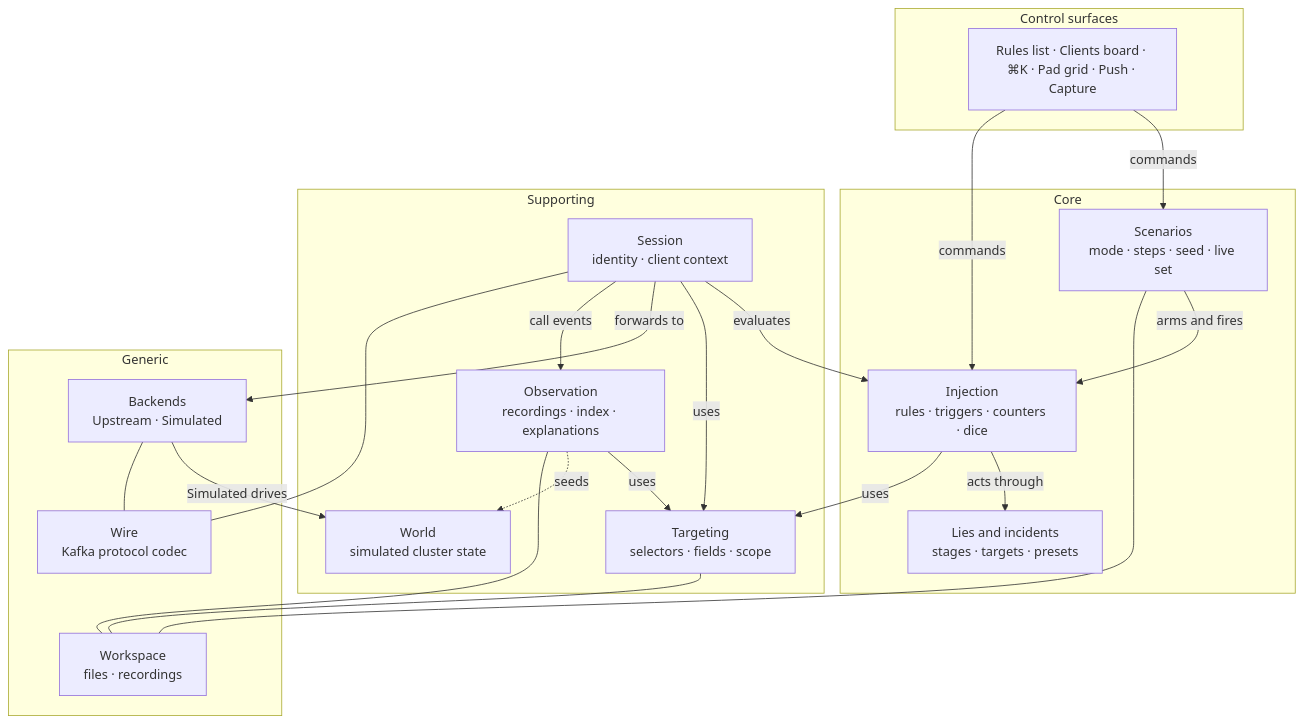
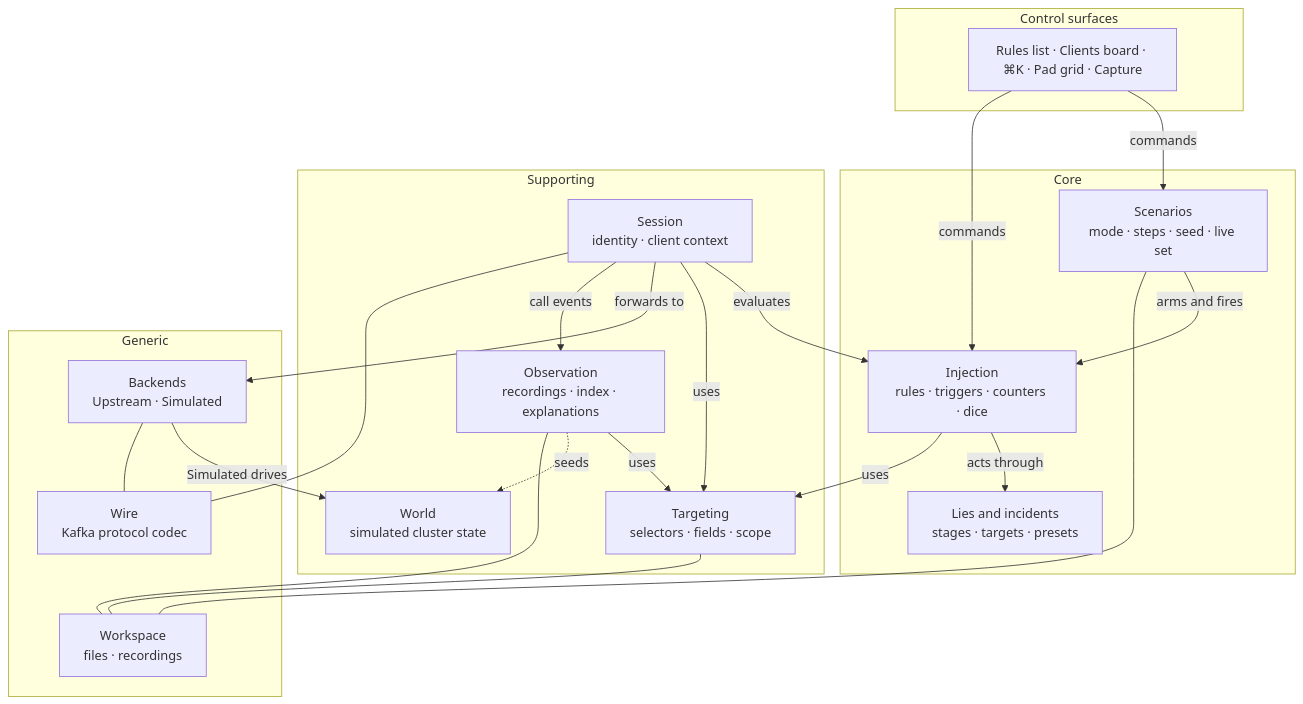
One commit to cruxy-eu/gaslightmq changed the diagram in docs/specs/townplan/README.md. Above: the diagram before and after it, drawn with Mermaid.

Commit message:
docs(townplan): the control surfaces have no Push

````diff
--- a/docs/specs/townplan/README.md
+++ b/docs/specs/townplan/README.md
@@ -9,43 +9,43 @@
 ```mermaid
 flowchart TB
   subgraph surfaces["Control surfaces"]
-    CS["Rules list · Clients board · ⌘K · Pad grid · Push · Capture"]
+    CS["Rules list · Clients board · ⌘K · Pad grid · Capture"]
   end
 
   subgraph core["Core"]
     SC["Scenarios<br/>mode · steps · seed · live set"]
     IN["Injection<br/>rules · triggers · counters · dice"]
     LI["Lies and incidents<br/>stages · targets · presets"]
   end
 
   subgraph support["Supporting"]
     TG["Targeting<br/>selectors · fields · scope"]
     SE["Session<br/>identity · client context"]
     OB["Observation<br/>recordings · index · explanations"]
     WO["World<br/>simulated cluster state"]
   end
 
   subgraph generic["Generic"]
     BE["Backends<br/>Upstream · Simulated"]
     WI["Wire<br/>Kafka protocol codec"]
     ST["Workspace<br/>files · recordings"]
   end
 
   CS -->|commands| SC
   CS -->|commands| IN
   SC -->|arms and fires| IN
   IN -->|acts through| LI
   IN -->|uses| TG
   SE -->|evaluates| IN
   SE -->|uses| TG
   SE -->|forwards to| BE
   BE -->|Simulated drives| WO
   SE -->|call events| OB
   OB -->|uses| TG
   OB -.->|seeds| WO
   SE --- WI
   BE --- WI
   SC --- ST
   TG --- ST
   OB --- ST
 ```
````
